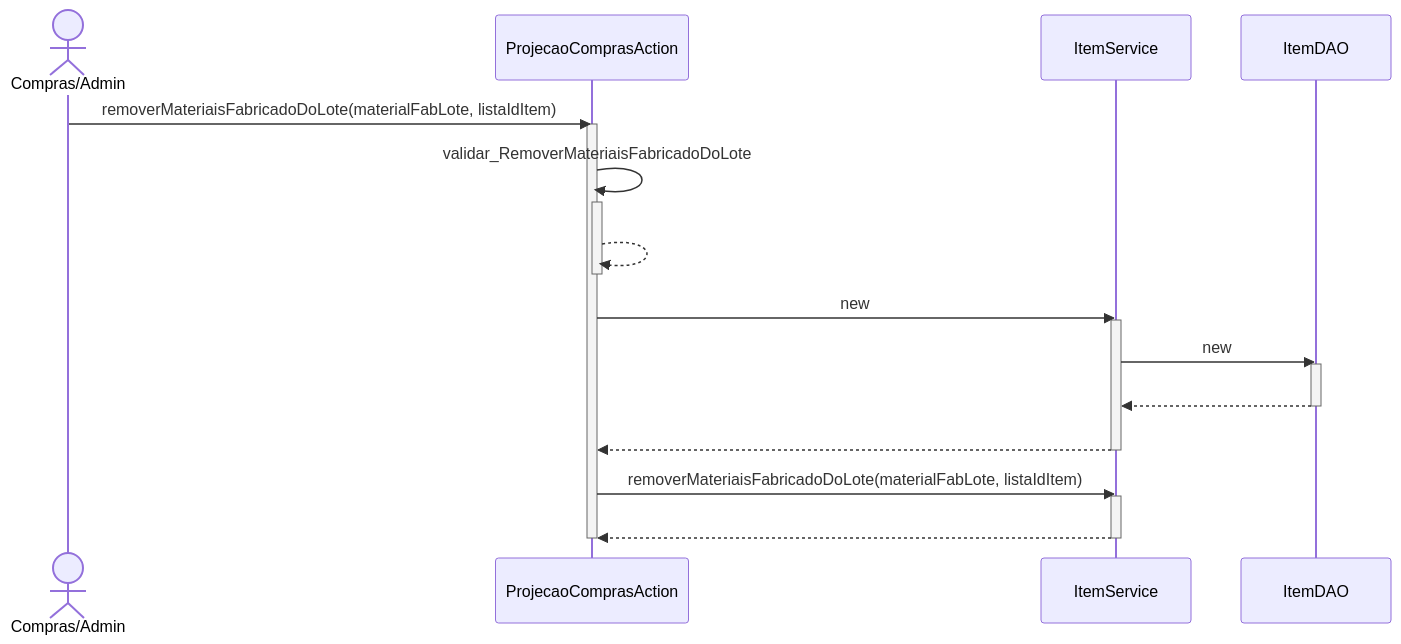
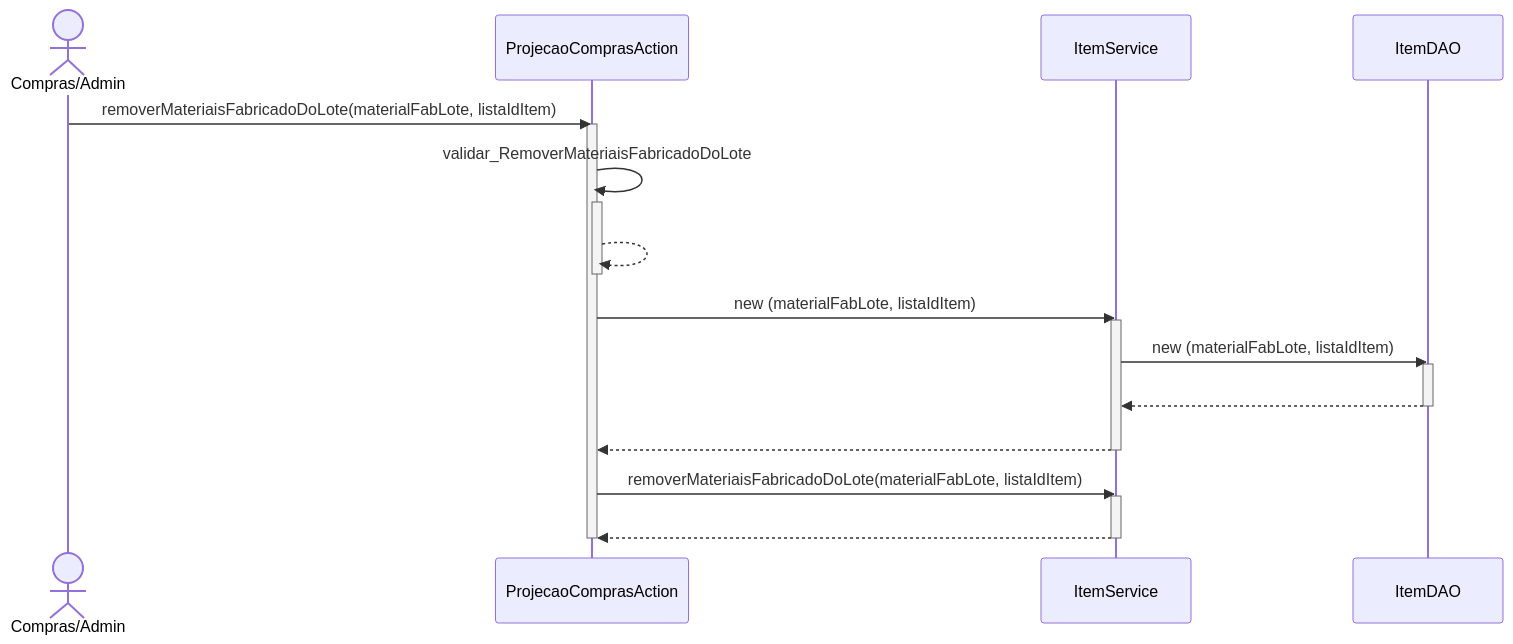
One commit to branqsMRP/SequenceDiagram changed the diagram in DiagramaSequencia/Novo Diagrama Sequencia/Movimentacao/ProjecaoComprasAction_removerMateriaisFabricadoDoLote.mmd. Above: the diagram before and after it, drawn with Mermaid. The commit also changed 16 other files, not shown here.

```diff
--- a/DiagramaSequencia/Novo Diagrama Sequencia/Movimentacao/ProjecaoComprasAction_removerMateriaisFabricadoDoLote.mmd
+++ b/DiagramaSequencia/Novo Diagrama Sequencia/Movimentacao/ProjecaoComprasAction_removerMateriaisFabricadoDoLote.mmd
@@ -1,21 +1,21 @@
 sequenceDiagram
 actor CA as Compras/Admin
 CA ->> ProjecaoComprasAction : removerMateriaisFabricadoDoLote(materialFabLote, listaIdItem)
 activate ProjecaoComprasAction
-ProjecaoComprasAction ->> ProjecaoComprasAction : validar_RemoverMateriaisFabricadoDoLote
+ProjecaoComprasAction ->> ProjecaoComprasAction : validar_RemoverMateriaisFabricadoDoLote 
 activate ProjecaoComprasAction
 ProjecaoComprasAction -->> ProjecaoComprasAction : #32; 
 deactivate ProjecaoComprasAction
-ProjecaoComprasAction ->> ItemService : new
+ProjecaoComprasAction ->> ItemService : new (materialFabLote, listaIdItem)
 activate ItemService
-ItemService ->> ItemDAO : new
+ItemService ->> ItemDAO : new (materialFabLote, listaIdItem)
 activate ItemDAO
 ItemDAO -->> ItemService : #32; 
 deactivate ItemDAO
 ItemService -->> ProjecaoComprasAction : #32; 
 deactivate ItemService
 ProjecaoComprasAction ->> ItemService : removerMateriaisFabricadoDoLote(materialFabLote, listaIdItem)
 activate ItemService
 ItemService -->> ProjecaoComprasAction : #32; 
 deactivate ItemService
 deactivate ProjecaoComprasAction
```
